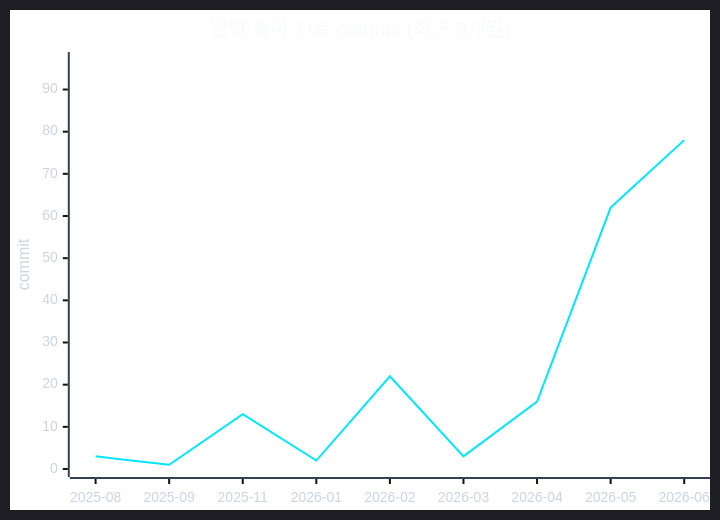
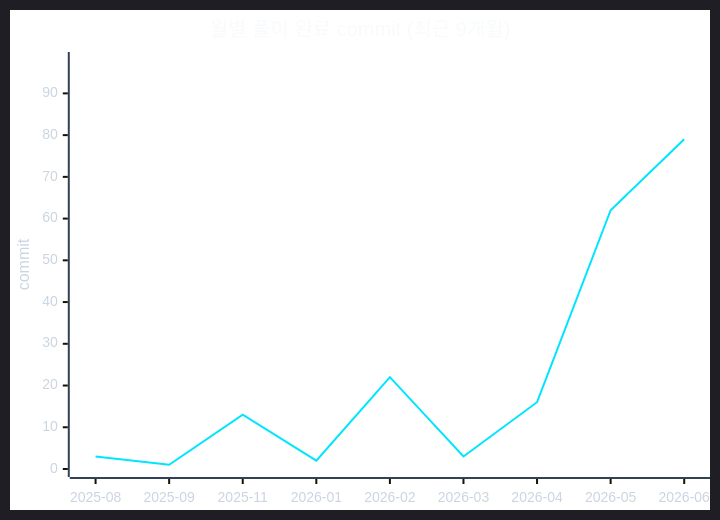
Before and after one commit to CHOOSLA/Algorithm: the second of 2 diagrams in readme.md, drawn with Mermaid. The commit also changed 1 other file, not shown here.

Commit message:
[Passed] 상해버린 치즈 (192ms, 13MB)

````diff
--- a/readme.md
+++ b/readme.md
@@ -71,22 +71,22 @@
 ```mermaid
 ---
 config:
   theme: dark
   themeVariables:
     background: '#0d1117'
     xyChart:
       titleColor: '#f8fafc'
       xAxisLabelColor: '#cbd5e1'
       xAxisTitleColor: '#cbd5e1'
       xAxisLineColor: '#334155'
       yAxisLabelColor: '#cbd5e1'
       yAxisTitleColor: '#cbd5e1'
       yAxisLineColor: '#334155'
       plotColorPalette: '#00e5ff'
 ---
 xychart-beta
   title "월별 풀이 완료 commit (최근 9개월)"
   x-axis ["2025-08", "2025-09", "2025-11", "2026-01", "2026-02", "2026-03", "2026-04", "2026-05", "2026-06"]
-  y-axis "commit" 0 --> 97
-  line [3, 1, 13, 2, 22, 3, 16, 62, 78]
+  y-axis "commit" 0 --> 98
+  line [3, 1, 13, 2, 22, 3, 16, 62, 79]
 ```
````
